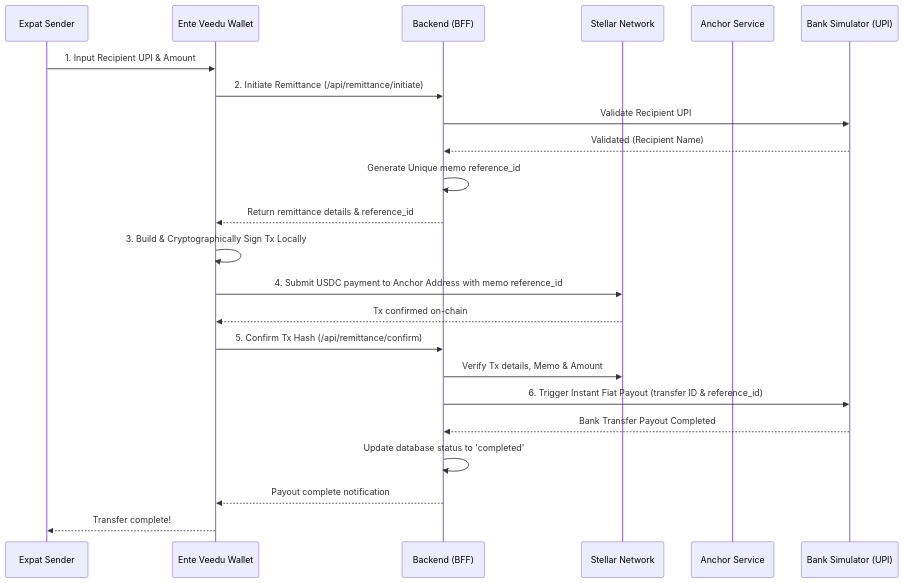
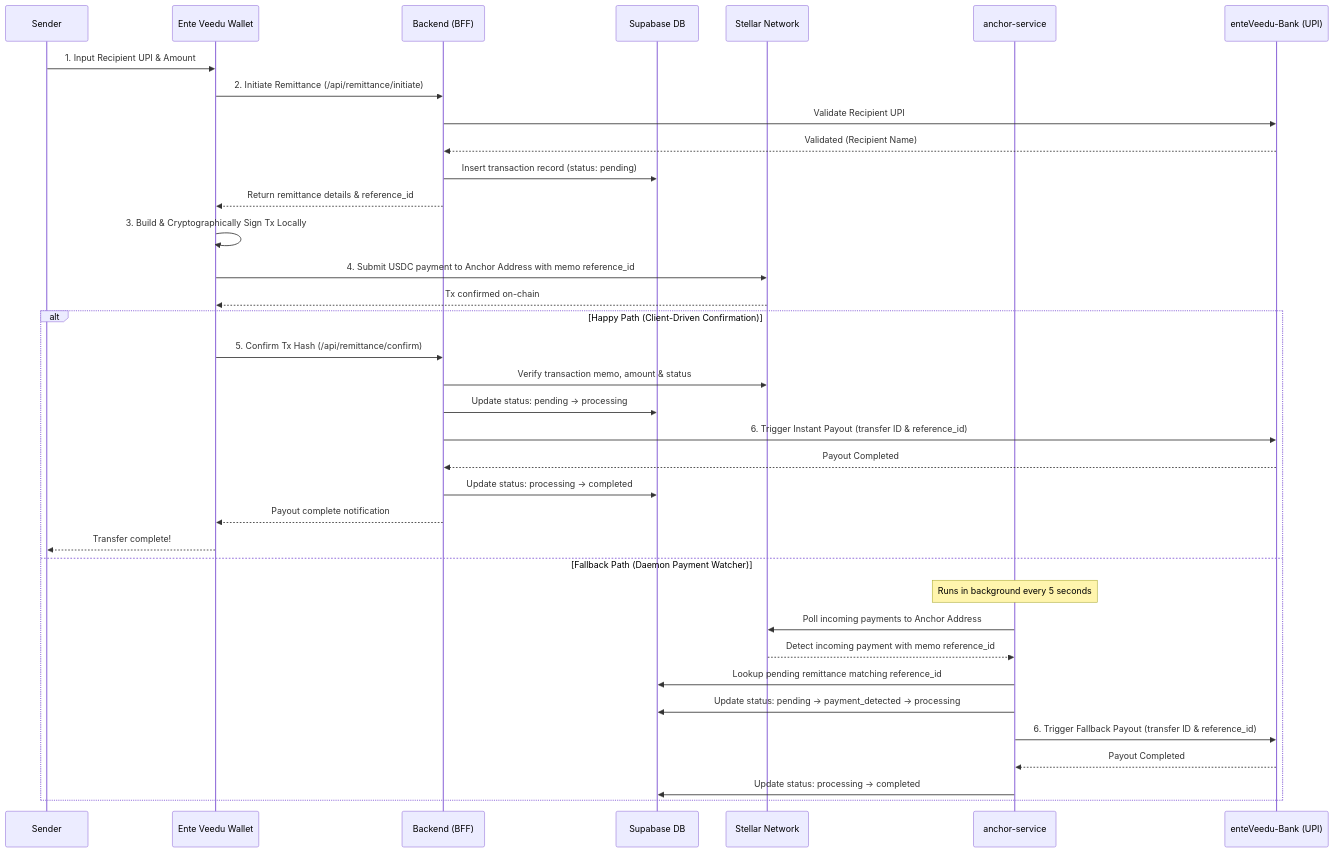
One commit to Ente-Veedu/.github changed the fourth of 4 diagrams in profile/README.md. Above: the diagram before and after it, drawn with Mermaid. The commit also changed other lines of this file, not shown here.

````diff
--- a/profile/README.md
+++ b/profile/README.md
@@ -121,26 +179,40 @@
 ```mermaid
 sequenceDiagram
-    participant S as Expat Sender
+    participant S as  Sender
     participant W as Ente Veedu Wallet
     participant BFF as Backend (BFF)
+    participant DB as Supabase DB
     participant St as Stellar Network
-    participant An as Anchor Service
-    participant B as Bank Simulator (UPI)
+    participant An as anchor-service
+    participant B as enteVeedu-Bank (UPI)
 
     S->>W: 1. Input Recipient UPI & Amount
     W->>BFF: 2. Initiate Remittance (/api/remittance/initiate)
     BFF->>B: Validate Recipient UPI
     B-->>BFF: Validated (Recipient Name)
-    BFF->>BFF: Generate Unique memo reference_id
+    BFF->>DB: Insert transaction record (status: pending)
     BFF-->>W: Return remittance details & reference_id
     W->>W: 3. Build & Cryptographically Sign Tx Locally
     W->>St: 4. Submit USDC payment to Anchor Address with memo reference_id
     St-->>W: Tx confirmed on-chain
-    W->>BFF: 5. Confirm Tx Hash (/api/remittance/confirm)
-    BFF->>St: Verify Tx details, Memo & Amount
-    BFF->>B: 6. Trigger Instant Fiat Payout (transfer ID & reference_id)
-    B-->>BFF: Bank Transfer Payout Completed
-    BFF->>BFF: Update database status to 'completed'
-    BFF-->>W: Payout complete notification
-    W-->>S: Transfer complete!
+
+    alt Happy Path (Client-Driven Confirmation)
+        W->>BFF: 5. Confirm Tx Hash (/api/remittance/confirm)
+        BFF->>St: Verify transaction memo, amount & status
+        BFF->>DB: Update status: pending -> processing
+        BFF->>B: 6. Trigger Instant Payout (transfer ID & reference_id)
+        B-->>BFF: Payout Completed
+        BFF->>DB: Update status: processing -> completed
+        BFF-->>W: Payout complete notification
+        W-->>S: Transfer complete!
+    else Fallback Path (Daemon Payment Watcher)
+        Note over An: Runs in background every 5 seconds
+        An->>St: Poll incoming payments to Anchor Address
+        St-->>An: Detect incoming payment with memo reference_id
+        An->>DB: Lookup pending remittance matching reference_id
+        An->>DB: Update status: pending -> payment_detected -> processing
+        An->>B: 6. Trigger Fallback Payout (transfer ID & reference_id)
+        B-->>An: Payout Completed
+        An->>DB: Update status: processing -> completed
+    end
 ```
````
